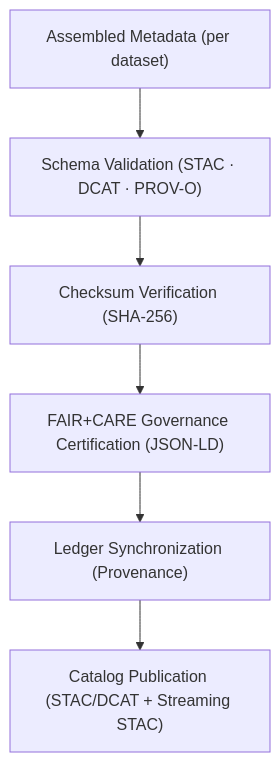
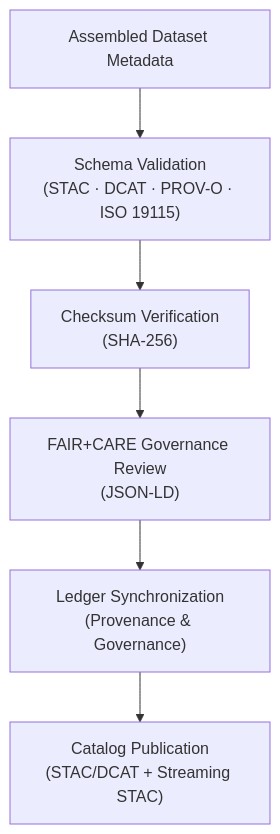
The diagram in data/processed/metadata/README.md (bartytime4life/Kansas-Frontier-Matrix), drawn with Mermaid before and after one commit. The commit also changed other lines of this file, not shown here.

````diff
--- a/data/processed/metadata/README.md
+++ b/data/processed/metadata/README.md
@@ -105,8 +164,8 @@
-```mermaid
+~~~~mermaid
 flowchart TD
-    ASMB["Assembled Metadata (per dataset)"] --> VAL["Schema Validation (STAC · DCAT · PROV-O)"]
-    VAL --> CHK["Checksum Verification (SHA-256)"]
-    CHK --> CERT["FAIR+CARE Governance Certification (JSON-LD)"]
-    CERT --> LEDGER["Ledger Synchronization (Provenance)"]
-    LEDGER --> PUB["Catalog Publication (STAC/DCAT + Streaming STAC)"]
-```
+    ASMB["Assembled Dataset Metadata"] --> VAL["Schema Validation\n(STAC · DCAT · PROV-O · ISO 19115)"]
+    VAL --> CHK["Checksum Verification\n(SHA-256)"]
+    CHK --> CERT["FAIR+CARE Governance Review\n(JSON-LD)"]
+    CERT --> LEDGER["Ledger Synchronization\n(Provenance & Governance)"]
+    LEDGER --> PUB["Catalog Publication\n(STAC/DCAT + Streaming STAC)"]
+~~~~
````
